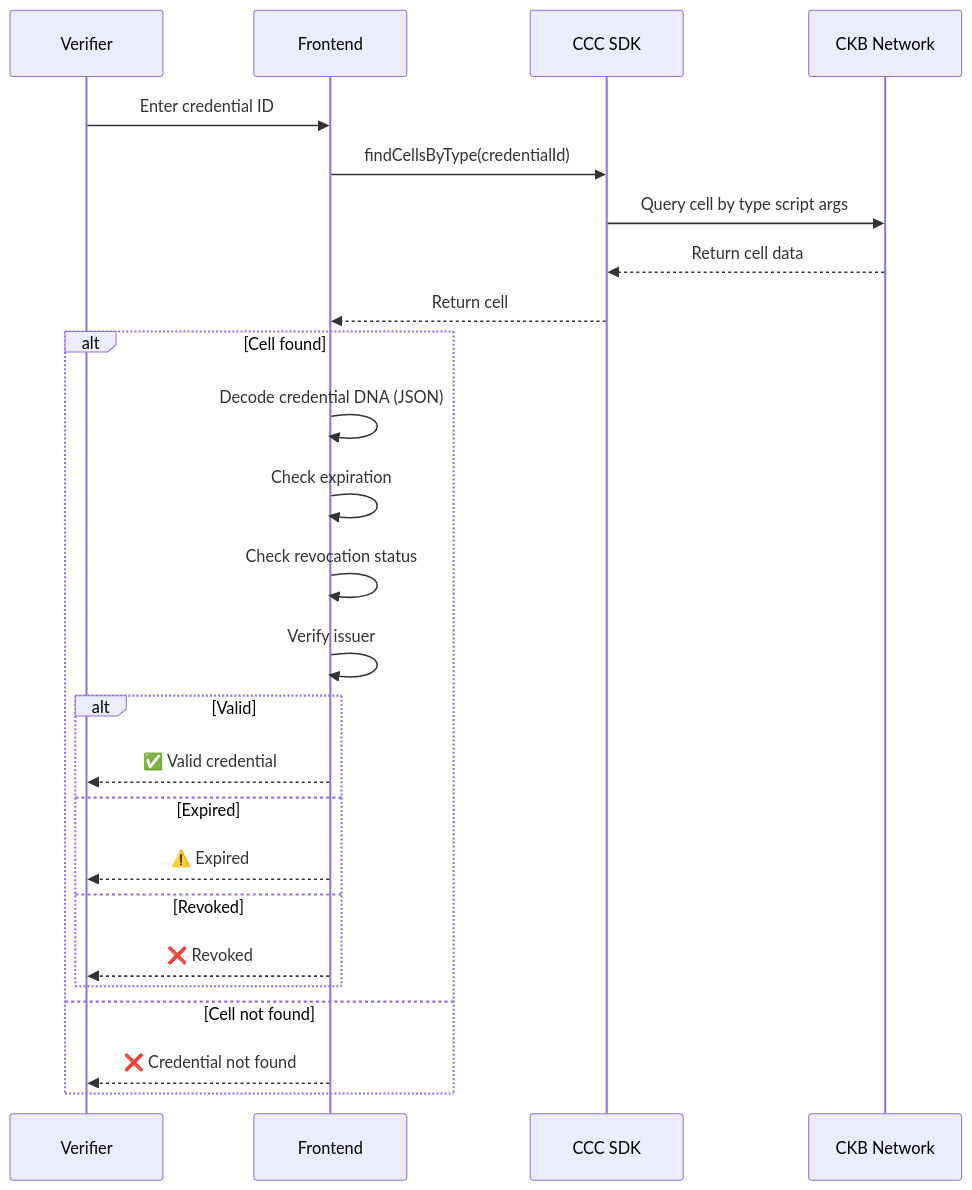
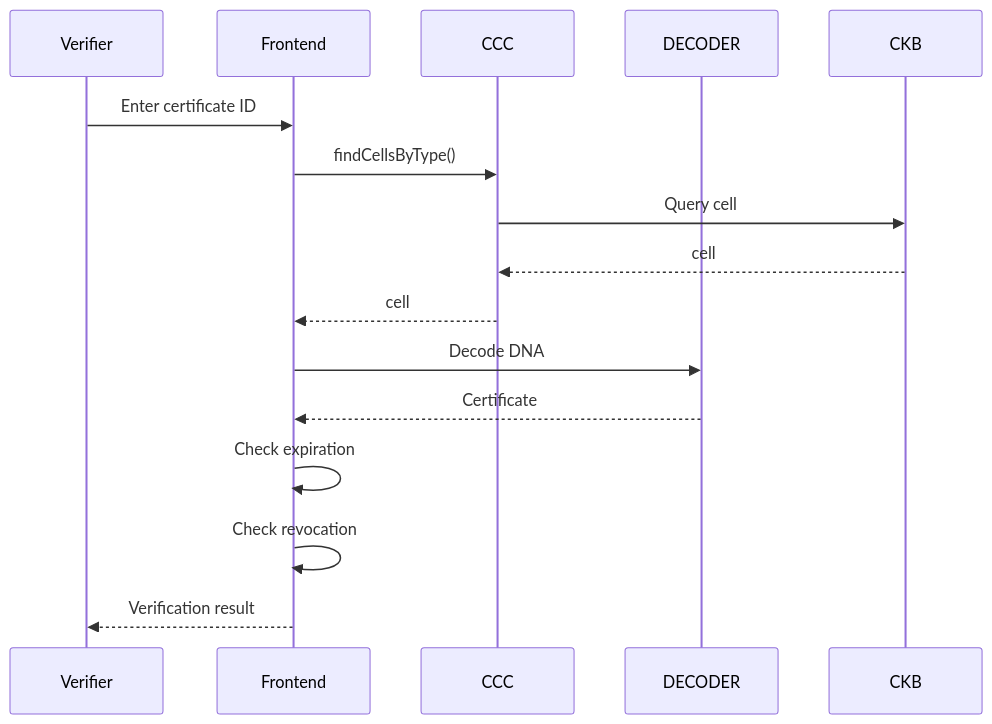
The eighth of 12 diagrams in Design_spec/Implementation_Architecture.md (hiepthach/CertifyCKB), drawn with Mermaid before and after one commit. The commit also changed other lines of this file and 2 other files, not shown here.

First line of the commit message:
refactor: Update project schedule and deliverables for CKB Credential Registry

````diff
--- a/Design_spec/Implementation_Architecture.md
+++ b/Design_spec/Implementation_Architecture.md
@@ -585,30 +495,19 @@
 ```mermaid
 sequenceDiagram
     participant Verifier
     participant Frontend
-    participant CCC as CCC SDK
-    participant CKB as CKB Network
+    participant CCC
+    participant DECODER
+    participant CKB
 
-    Verifier->>Frontend: Enter credential ID
-    Frontend->>CCC: findCellsByType(credentialId)
-    CCC->>CKB: Query cell by type script args
-    CKB-->>CCC: Return cell data
-    CCC-->>Frontend: Return cell
-
-    alt Cell found
-        Frontend->>Frontend: Decode credential DNA (JSON)
-        Frontend->>Frontend: Check expiration
-        Frontend->>Frontend: Check revocation status
-        Frontend->>Frontend: Verify issuer
-
-        alt Valid
-            Frontend-->>Verifier: ✅ Valid credential
-        else Expired
-            Frontend-->>Verifier: ⚠️ Expired
-        else Revoked
-            Frontend-->>Verifier: ❌ Revoked
-        end
-    else Cell not found
-        Frontend-->>Verifier: ❌ Credential not found
-    end
+    Verifier->>Frontend: Enter certificate ID
+    Frontend->>CCC: findCellsByType()
+    CCC->>CKB: Query cell
+    CKB-->>CCC: cell
+    CCC-->>Frontend: cell
+    Frontend->>DECODER: Decode DNA
+    DECODER-->>Frontend: Certificate
+    Frontend->>Frontend: Check expiration
+    Frontend->>Frontend: Check revocation
+    Frontend-->>Verifier: Verification result
 ```
````
